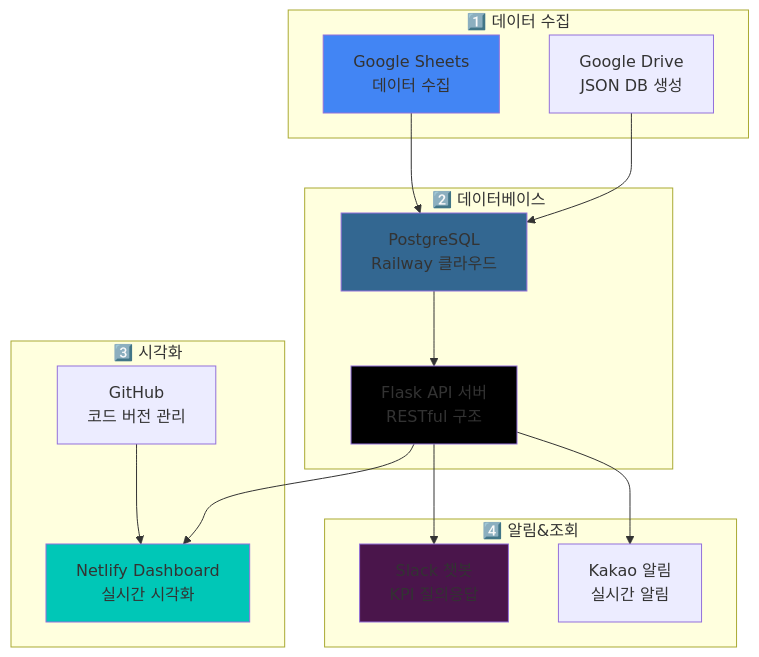
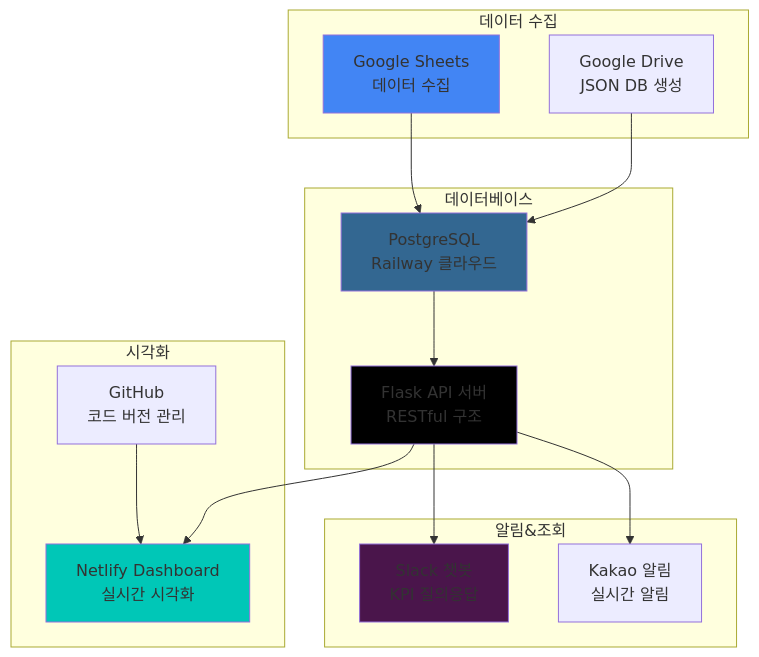
The first of 4 diagrams in README.md (isolhsolfafa/Readme_TwinfaX2), drawn with Mermaid before and after one commit. The commit also changed other lines of this file, not shown here.

````diff
--- a/README.md
+++ b/README.md
@@ -98,36 +95,36 @@
 ```mermaid
 graph TB
-    subgraph "1️⃣ 데이터 수집"
-        GS[Google Sheets<br/>데이터 수집]
-        GT[Google Drive<br/>JSON DB 생성]
+    subgraph A ["데이터 수집"]
+        GS["Google Sheets<br/>데이터 수집"]
+        GT["Google Drive<br/>JSON DB 생성"]
     end
     
-    subgraph "2️⃣ 데이터베이스"
-        PG[PostgreSQL<br/>Railway 클라우드]
-        API[Flask API 서버<br/>RESTful 구조]
+    subgraph B ["데이터베이스"]
+        PG["PostgreSQL<br/>Railway 클라우드"]
+        API["Flask API 서버<br/>RESTful 구조"]
     end
     
-    subgraph "3️⃣ 시각화"
-        NF[Netlify Dashboard<br/>실시간 시각화]
-        GH[GitHub<br/>코드 버전 관리]
+    subgraph C ["시각화"]
+        NF["Netlify Dashboard<br/>실시간 시각화"]
+        GH["GitHub<br/>코드 버전 관리"]
     end
     
-    subgraph "4️⃣ 알림&조회"
-        SL[Slack 챗봇<br/>KPI 질의응답]
-        KA[Kakao 알림<br/>실시간 알림]
+    subgraph D ["알림&조회"]
+        SL["Slack 챗봇<br/>KPI 질의응답"]
+        KA["Kakao 알림<br/>실시간 알림"]
     end
     
     GS --> PG
     GT --> PG
     PG --> API
     API --> NF
     API --> SL
     API --> KA
     GH --> NF
     
     style GS fill:#4285F4
     style PG fill:#336791
     style API fill:#000000
     style NF fill:#00C7B7
     style SL fill:#4A154B
 ```
````
